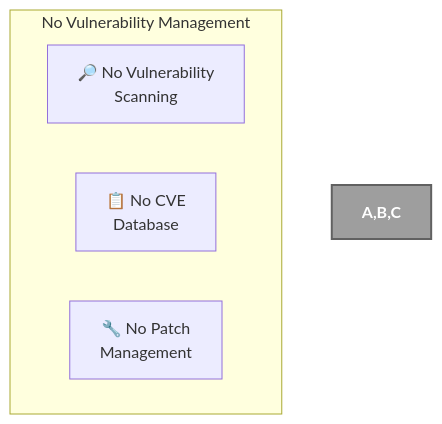
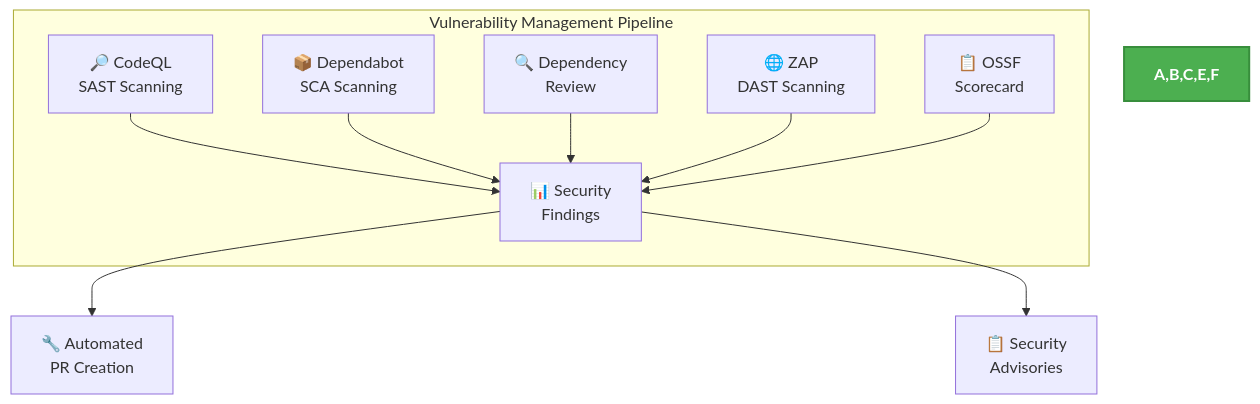
Before and after one commit to Hack23/cia-compliance-manager: diagram 12 of 32 in docs/architecture/SECURITY_ARCHITECTURE.md, drawn with Mermaid. The commit also changed other lines of this file and 9 other files, not shown here.

First line of the commit message:
docs: update architecture documents to accurately reflect current system (#974)

````diff
--- a/docs/architecture/SECURITY_ARCHITECTURE.md
+++ b/docs/architecture/SECURITY_ARCHITECTURE.md
@@ -1025,10 +1034,15 @@
 ```mermaid
 flowchart TD
-    subgraph "No Vulnerability Management"
-        A[🔎 No Vulnerability<br>Scanning]
-        B[📋 No CVE<br>Database]
-        C[🔧 No Patch<br>Management]
+    subgraph "Vulnerability Management Pipeline"
+        A[🔎 CodeQL<br>SAST Scanning] --> D[📊 Security<br>Findings]
+        B[📦 Dependabot<br>SCA Scanning] --> D
+        C[🔍 Dependency<br>Review] --> D
+        E[🌐 ZAP<br>DAST Scanning] --> D
+        F[📋 OSSF<br>Scorecard] --> D
     end
 
-    style A,B,C fill:#9E9E9E,stroke:#616161,stroke-width:2px,color:white,font-weight:bold
+    D --> G[🔧 Automated<br>PR Creation]
+    D --> H[📋 Security<br>Advisories]
+
+    style A,B,C,E,F fill:#4CAF50,stroke:#388E3C,stroke-width:2px,color:white,font-weight:bold
 ```
````
